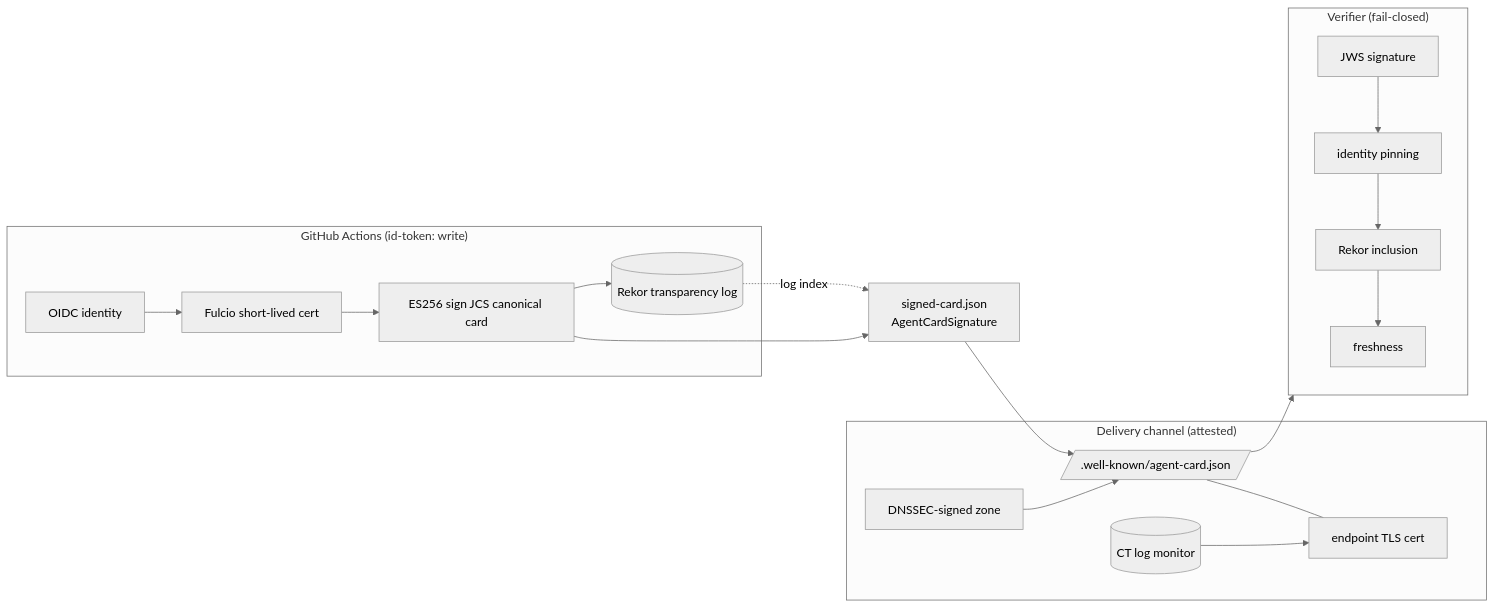
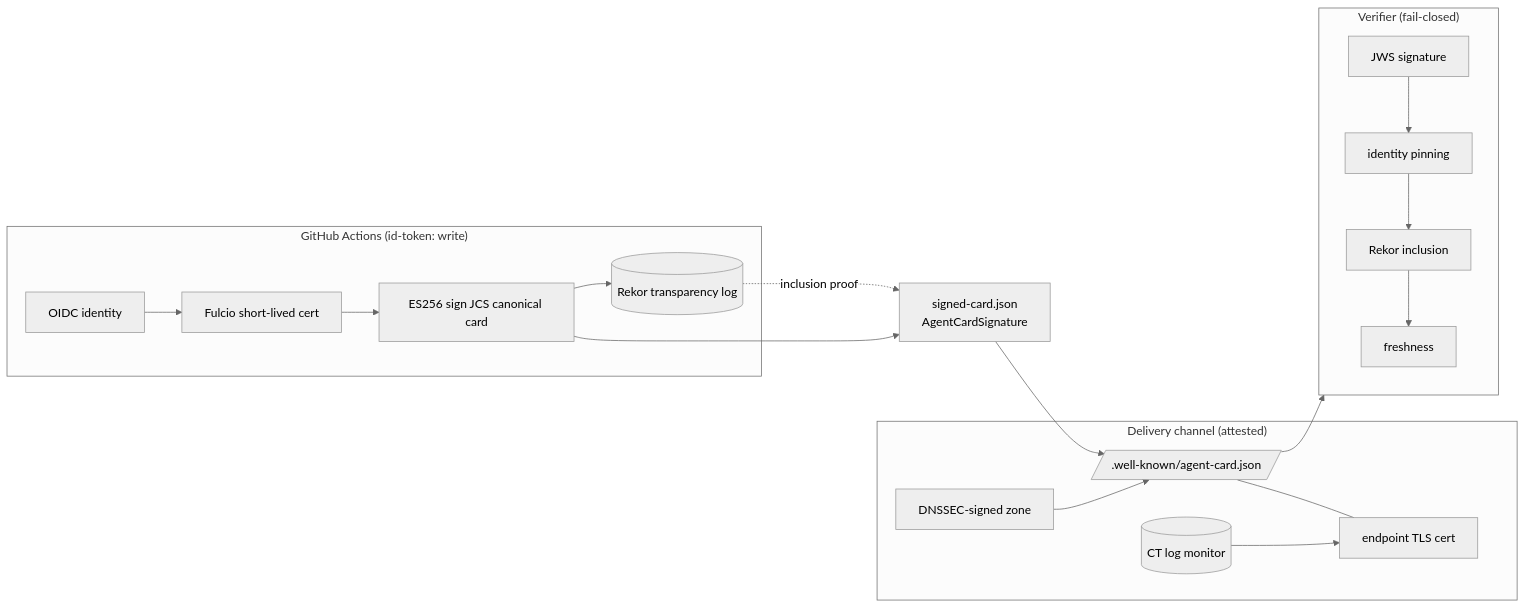
The diagram in docs/architecture.md (millsmillsymills/ellingson-a2a-signed-card), drawn with Mermaid (neutral theme) before and after one commit. The commit also changed other lines of this file and 2 other files, not shown here.

````diff
--- a/docs/architecture.md
+++ b/docs/architecture.md
@@ -7,22 +7,22 @@
 ```mermaid
 flowchart LR
     subgraph CI["GitHub Actions (id-token: write)"]
         OIDC[OIDC identity] --> Fulcio[Fulcio short-lived cert]
         Fulcio --> Sign[ES256 sign JCS canonical card]
         Sign --> Rekor[(Rekor transparency log)]
     end
     Sign --> Card[signed-card.json\nAgentCardSignature]
-    Rekor -. log index .-> Card
+    Rekor -. inclusion proof .-> Card
     subgraph Delivery["Delivery channel (attested)"]
         DNSSEC[DNSSEC-signed zone] --> WK[/.well-known/agent-card.json/]
         CT[(CT log monitor)] --> TLS[endpoint TLS cert]
         WK --- TLS
     end
     Card --> WK
     WK --> Verify
     subgraph Verify["Verifier (fail-closed)"]
         S1[JWS signature] --> S2[identity pinning]
         S2 --> S3[Rekor inclusion]
         S3 --> S4[freshness]
     end
 ```
````
